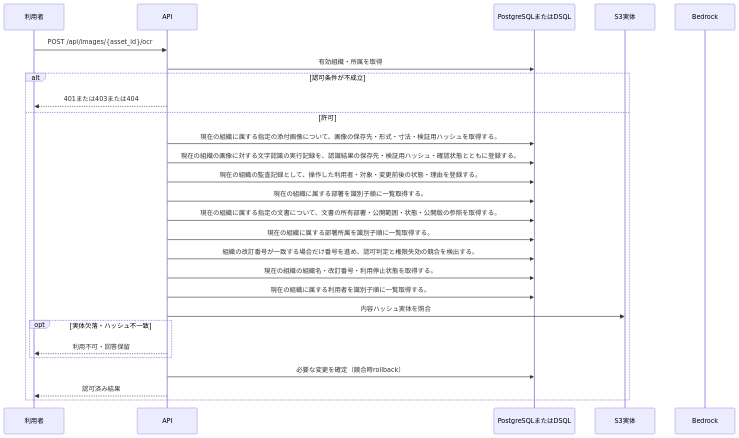
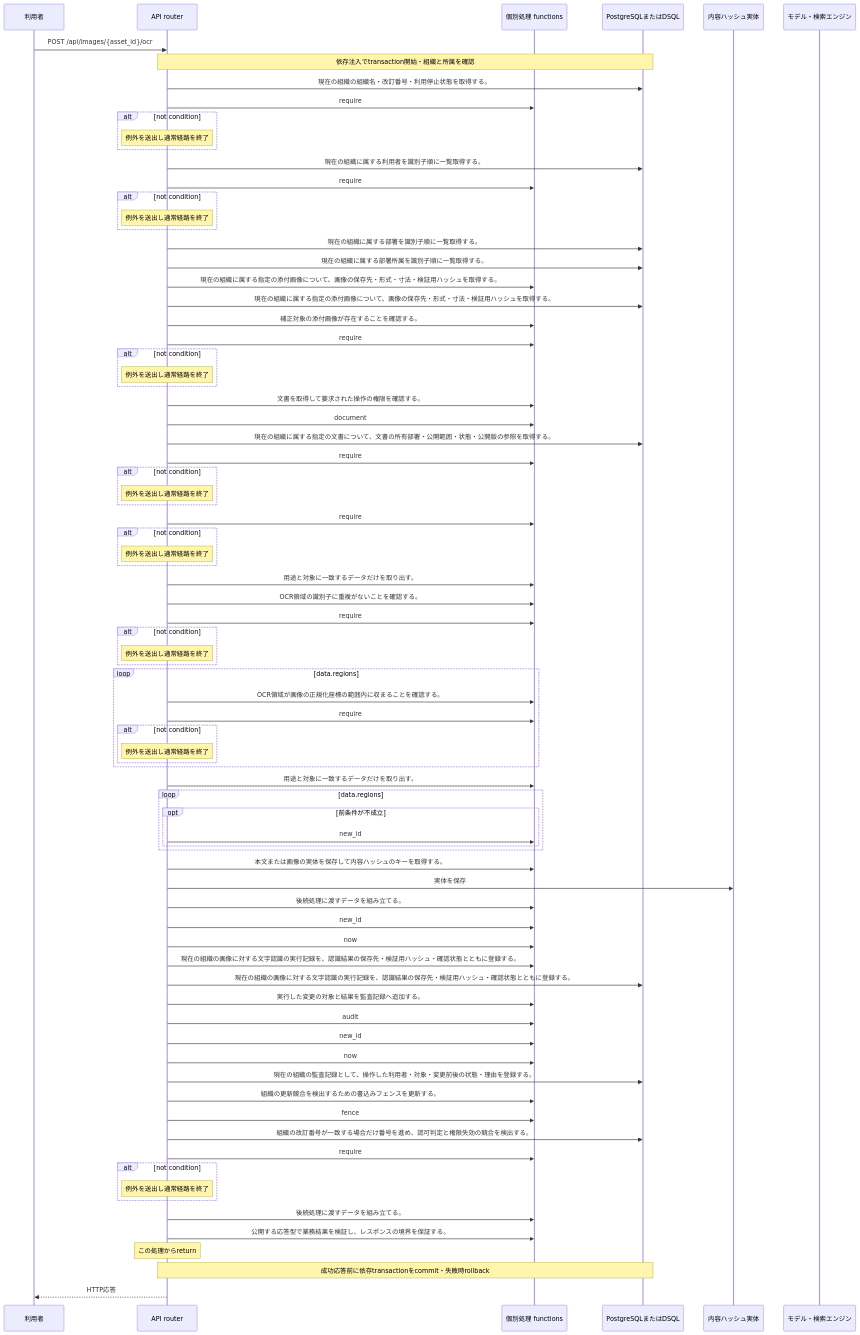
One commit to tsuji-tomonori/KotoRelay changed the diagram in docs/design/generated/api/images/correct_ocr/sequence.md. Above: the diagram before and after it, drawn with Mermaid. The commit also changed other lines of this file and 424 other files, not shown here.

````diff
--- a/docs/design/generated/api/images/correct_ocr/sequence.md
+++ b/docs/design/generated/api/images/correct_ocr/sequence.md
@@ -7,29 +7,84 @@
 ```mermaid
 sequenceDiagram
     participant U as 利用者
-    participant A as API
+    participant A as API router
+    participant F as 個別処理 functions
     participant D as PostgreSQLまたはDSQL
-    participant S as S3実体
-    participant M as Bedrock
+    participant S as 内容ハッシュ実体
+    participant M as モデル・検索エンジン
     U->>A: POST /api/images/{asset_id}/ocr
-    A->>D: 有効組織・所属を取得
-    alt 認可条件が不成立
-        A-->>U: 401または403または404
-    else 許可
-        A->>D: 現在の組織に属する指定の添付画像について、画像の保存先・形式・寸法・検証用ハッシュを取得する。
-        A->>D: 現在の組織の画像に対する文字認識の実行記録を、認識結果の保存先・検証用ハッシュ・確認状態とともに登録する。
-        A->>D: 現在の組織の監査記録として、操作した利用者・対象・変更前後の状態・理由を登録する。
-        A->>D: 現在の組織に属する部署を識別子順に一覧取得する。
-        A->>D: 現在の組織に属する指定の文書について、文書の所有部署・公開範囲・状態・公開版の参照を取得する。
-        A->>D: 現在の組織に属する部署所属を識別子順に一覧取得する。
-        A->>D: 組織の改訂番号が一致する場合だけ番号を進め、認可判定と権限失効の競合を検出する。
-        A->>D: 現在の組織の組織名・改訂番号・利用停止状態を取得する。
-        A->>D: 現在の組織に属する利用者を識別子順に一覧取得する。
-        A->>S: 内容ハッシュ実体を照合
-        opt 実体欠落・ハッシュ不一致
-            A-->>U: 利用不可・回答保留
-        end
-        A->>D: 必要な変更を確定（競合時rollback）
-        A-->>U: 認可済み結果
+    Note over A,D: 依存注入でtransaction開始・組織と所属を確認
+    A->>D: 現在の組織の組織名・改訂番号・利用停止状態を取得する。
+    A->>F: require
+    alt not condition
+    Note over A: 例外を送出し通常経路を終了
     end
+    A->>D: 現在の組織に属する利用者を識別子順に一覧取得する。
+    A->>F: require
+    alt not condition
+    Note over A: 例外を送出し通常経路を終了
+    end
+    A->>D: 現在の組織に属する部署を識別子順に一覧取得する。
+    A->>D: 現在の組織に属する部署所属を識別子順に一覧取得する。
+    A->>F: 現在の組織に属する指定の添付画像について、画像の保存先・形式・寸法・検証用ハッシュを取得する。
+    A->>D: 現在の組織に属する指定の添付画像について、画像の保存先・形式・寸法・検証用ハッシュを取得する。
+    A->>F: 補正対象の添付画像が存在することを確認する。
+    A->>F: require
+    alt not condition
+    Note over A: 例外を送出し通常経路を終了
+    end
+    A->>F: 文書を取得して要求された操作の権限を確認する。
+    A->>F: document
+    A->>D: 現在の組織に属する指定の文書について、文書の所有部署・公開範囲・状態・公開版の参照を取得する。
+    A->>F: require
+    alt not condition
+    Note over A: 例外を送出し通常経路を終了
+    end
+    A->>F: require
+    alt not condition
+    Note over A: 例外を送出し通常経路を終了
+    end
+    A->>F: 用途と対象に一致するデータだけを取り出す。
+    A->>F: OCR領域の識別子に重複がないことを確認する。
+    A->>F: require
+    alt not condition
+    Note over A: 例外を送出し通常経路を終了
+    end
+    loop data.regions
+    A->>F: OCR領域が画像の正規化座標の範囲内に収まることを確認する。
+    A->>F: require
+    alt not condition
+    Note over A: 例外を送出し通常経路を終了
+    end
+    end
+    A->>F: 用途と対象に一致するデータだけを取り出す。
+    loop data.regions
+    opt 前条件が不成立
+    A->>F: new_id
+    end
+    end
+    A->>F: 本文または画像の実体を保存して内容ハッシュのキーを取得する。
+    A->>S: 実体を保存
+    A->>F: 後続処理に渡すデータを組み立てる。
+    A->>F: new_id
+    A->>F: now
+    A->>F: 現在の組織の画像に対する文字認識の実行記録を、認識結果の保存先・検証用ハッシュ・確認状態とともに登録する。
+    A->>D: 現在の組織の画像に対する文字認識の実行記録を、認識結果の保存先・検証用ハッシュ・確認状態とともに登録する。
+    A->>F: 実行した変更の対象と結果を監査記録へ追加する。
+    A->>F: audit
+    A->>F: new_id
+    A->>F: now
+    A->>D: 現在の組織の監査記録として、操作した利用者・対象・変更前後の状態・理由を登録する。
+    A->>F: 組織の更新競合を検出するための書込みフェンスを更新する。
+    A->>F: fence
+    A->>D: 組織の改訂番号が一致する場合だけ番号を進め、認可判定と権限失効の競合を検出する。
+    A->>F: require
+    alt not condition
+    Note over A: 例外を送出し通常経路を終了
+    end
+    A->>F: 後続処理に渡すデータを組み立てる。
+    A->>F: 公開する応答型で業務結果を検証し、レスポンスの境界を保証する。
+    Note over A: この処理からreturn
+    Note over A,D: 成功応答前に依存transactionをcommit・失敗時rollback
+    A-->>U: HTTP応答
 ```
````
